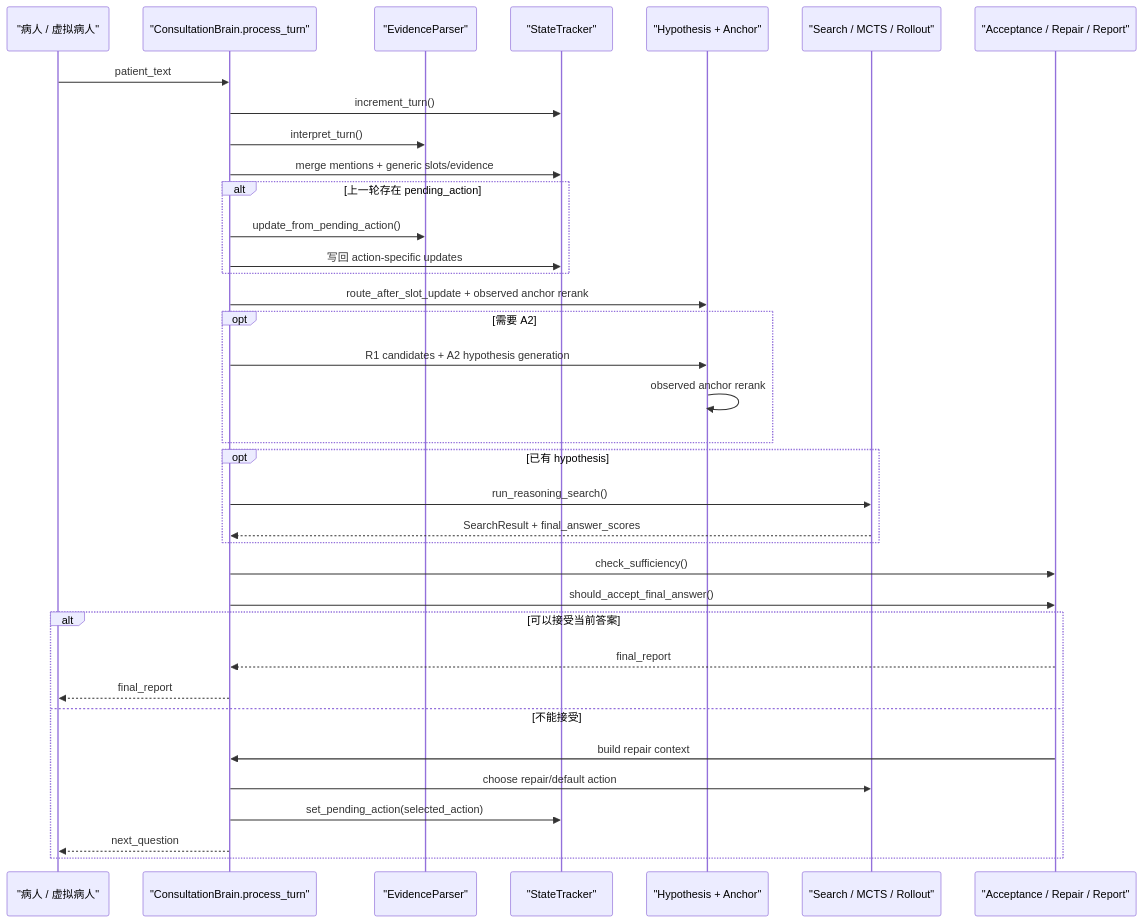
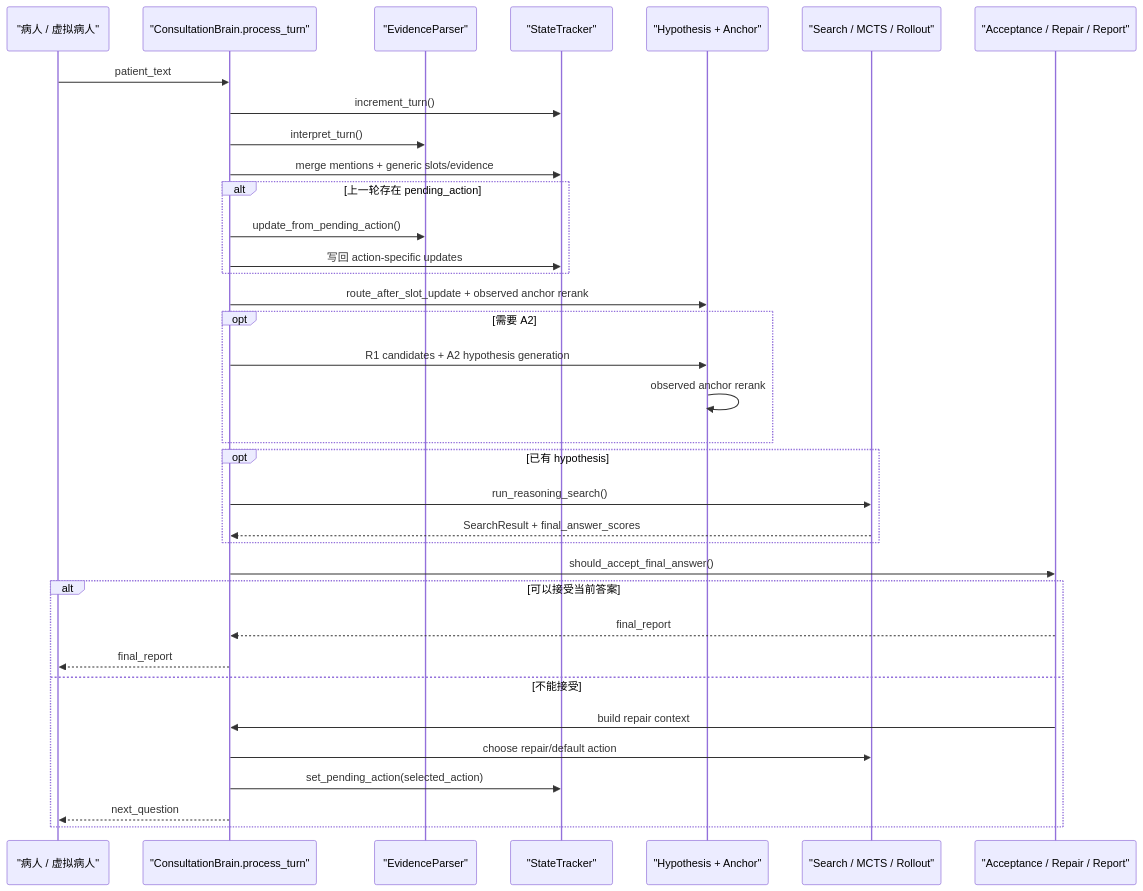
One commit to maken-jhd/medical-inquiry-system changed the diagram in docs/brain_runtime_call_chain_guide.md. Above: the diagram before and after it, drawn with Mermaid. The commit also changed other lines of this file and 37 other files, not shown here.

````diff
--- a/docs/brain_runtime_call_chain_guide.md
+++ b/docs/brain_runtime_call_chain_guide.md
@@ -198,39 +198,38 @@
 ```mermaid
 sequenceDiagram
     participant U as "病人 / 虚拟病人"
     participant B as "ConsultationBrain.process_turn"
     participant E as "EvidenceParser"
     participant S as "StateTracker"
     participant H as "Hypothesis + Anchor"
     participant T as "Search / MCTS / Rollout"
     participant G as "Acceptance / Repair / Report"
 
     U->>B: patient_text
     B->>S: increment_turn()
     B->>E: interpret_turn()
     B->>S: merge mentions + generic slots/evidence
     alt 上一轮存在 pending_action
         B->>E: update_from_pending_action()
         B->>S: 写回 action-specific updates
     end
     B->>H: route_after_slot_update + observed anchor rerank
     opt 需要 A2
         B->>H: R1 candidates + A2 hypothesis generation
         H->>H: observed anchor rerank
     end
     opt 已有 hypothesis
         B->>T: run_reasoning_search()
         T-->>B: SearchResult + final_answer_scores
     end
-    B->>G: check_sufficiency()
     B->>G: should_accept_final_answer()
     alt 可以接受当前答案
         G-->>B: final_report
         B-->>U: final_report
     else 不能接受
         G->>B: build repair context
         B->>T: choose repair/default action
         B->>S: set_pending_action(selected_action)
         B-->>U: next_question
     end
 ```
````
